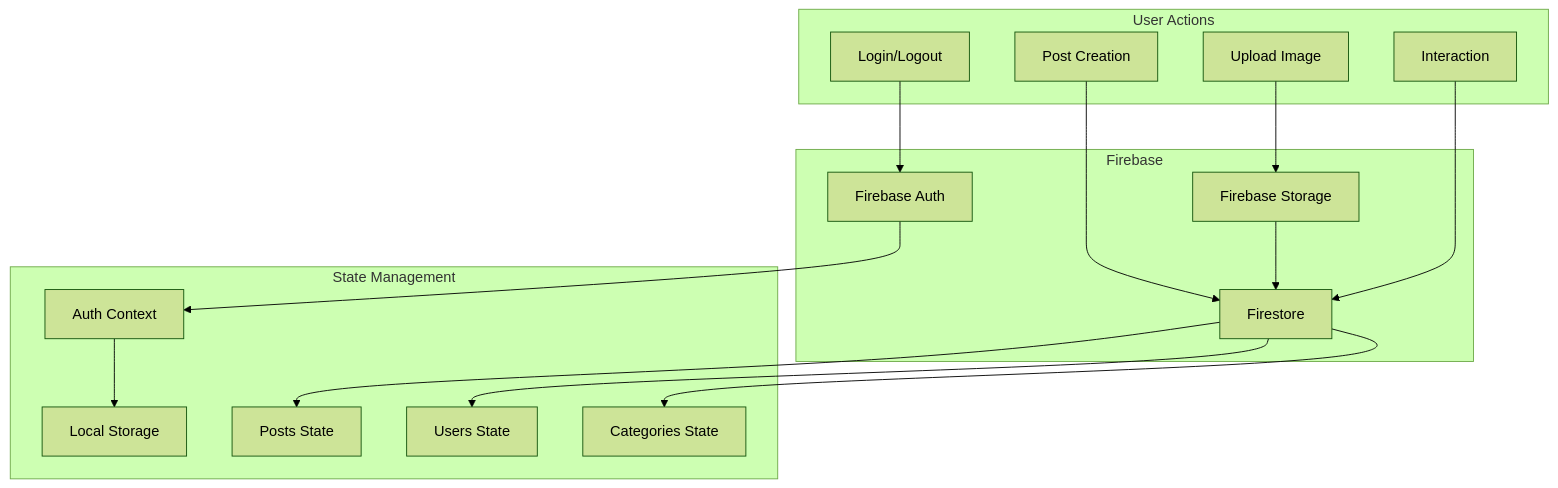
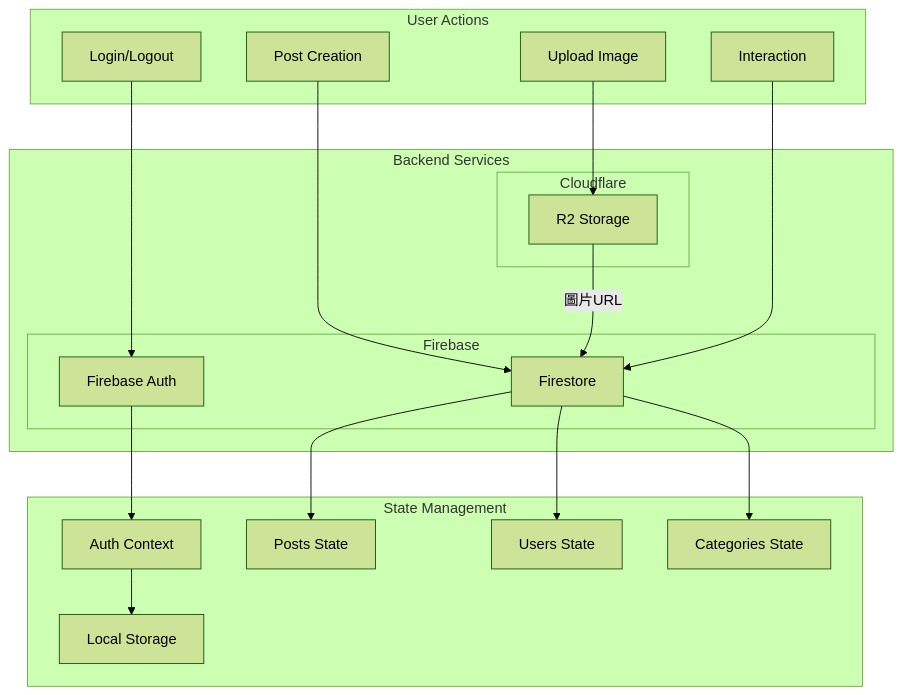
One commit to roy4222/SoulNet changed the third of 4 diagrams in README.md. Above: the diagram before and after it, drawn with Mermaid (forest theme). The commit also changed other lines of this file, not shown here.

Commit message:
Refactor README to include Cloudflare R2 as a backend service, update component diagrams, and add configuration details for R2 storage.

````diff
--- a/README.md
+++ b/README.md
@@ -104,37 +109,42 @@
 ```mermaid
 flowchart TD
     subgraph State Management
         LC[Local Storage]
         AC[Auth Context]
         PS[Posts State]
         US[Users State]
         CS[Categories State]
     end
     
-    subgraph Firebase
-        FA[Firebase Auth]
-        FS[Firestore]
-        FST[Firebase Storage]
+    subgraph Backend Services
+        subgraph Firebase
+            FA[Firebase Auth]
+            FS[Firestore]
+        end
+        
+        subgraph Cloudflare
+            R2[R2 Storage]
+        end
     end
     
     subgraph User Actions
         L[Login/Logout]
         P[Post Creation]
         I[Interaction]
         U[Upload Image]
     end
     
     L --> FA
     FA --> AC
     AC --> LC
     
     P --> FS
-    U --> FST
-    FST --> FS
+    U --> R2
+    R2 --"圖片URL"--> FS
     
     FS --> PS
     FS --> US
     FS --> CS
     
     I --> FS
 ```
````
